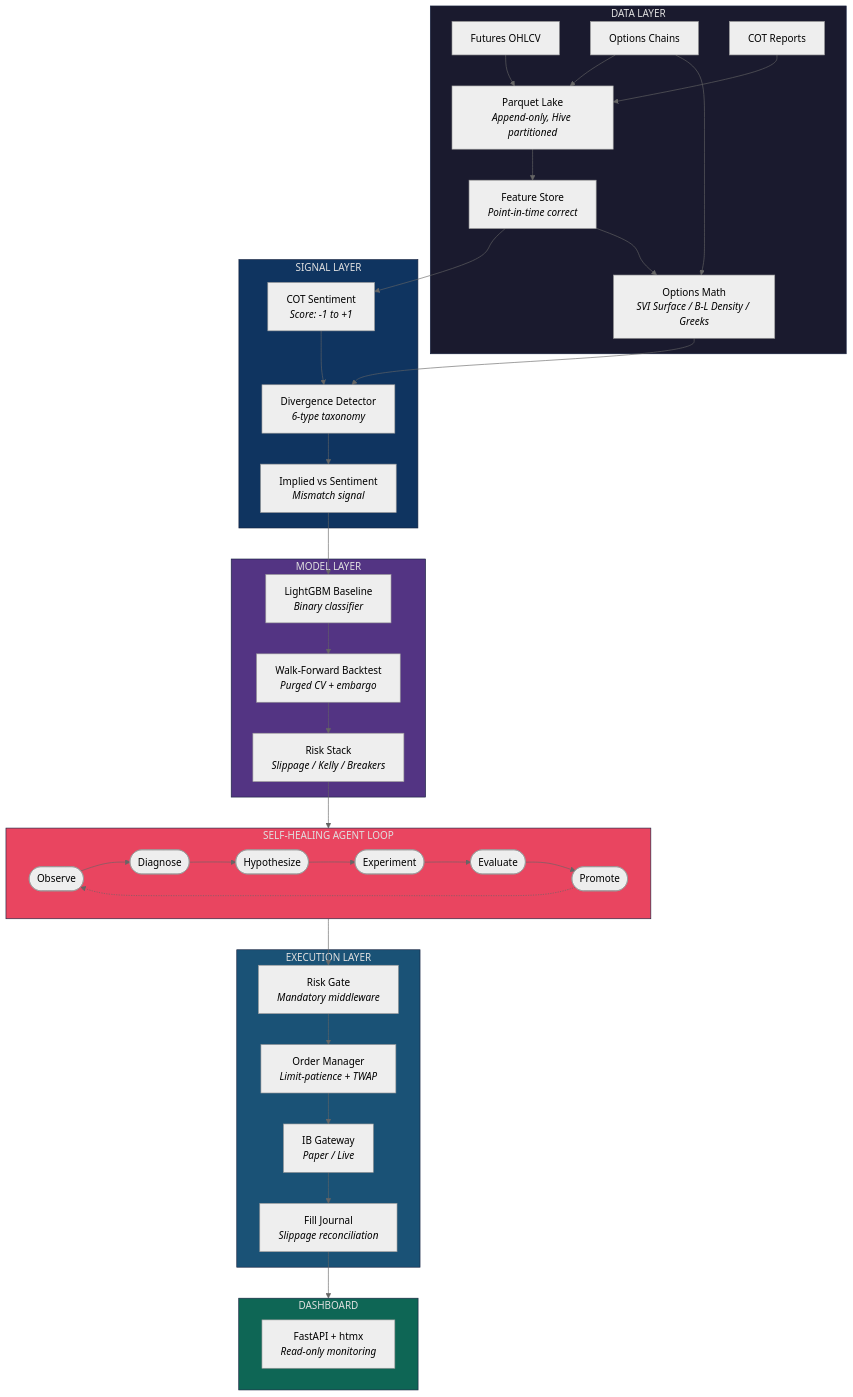
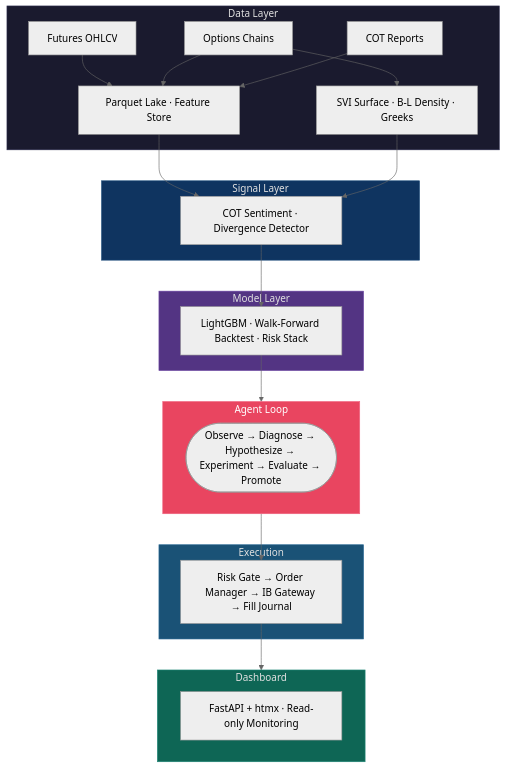
Before and after one commit to 001TMF/HYDRA: the second of 2 diagrams in README.md, drawn with Mermaid (neutral theme). The commit also changed other lines of this file, not shown here.

````diff
--- a/README.md
+++ b/README.md
@@ -17,61 +109,39 @@
 ```mermaid
 graph TB
-    subgraph DATA["DATA LAYER"]
-        D1[Futures OHLCV]
-        D2[Options Chains]
-        D3[COT Reports]
-        D4[Parquet Lake<br/><i>Append-only, Hive partitioned</i>]
-        D5[Feature Store<br/><i>Point-in-time correct</i>]
-        D6[Options Math<br/><i>SVI Surface / B-L Density / Greeks</i>]
+    subgraph DATA["Data Layer"]
+        D1[Futures OHLCV] & D2[Options Chains] & D3[COT Reports]
+        D4["Parquet Lake · Feature Store"]
+        D5["SVI Surface · B-L Density · Greeks"]
     end
 
-    subgraph SIGNAL["SIGNAL LAYER"]
-        S1[COT Sentiment<br/><i>Score: -1 to +1</i>]
-        S2[Divergence Detector<br/><i>6-type taxonomy</i>]
-        S3[Implied vs Sentiment<br/><i>Mismatch signal</i>]
+    subgraph SIGNAL["Signal Layer"]
+        S1["COT Sentiment · Divergence Detector"]
     end
 
-    subgraph MODEL["MODEL LAYER"]
-        M1[LightGBM Baseline<br/><i>Binary classifier</i>]
-        M2[Walk-Forward Backtest<br/><i>Purged CV + embargo</i>]
-        M3[Risk Stack<br/><i>Slippage / Kelly / Breakers</i>]
+    subgraph MODEL["Model Layer"]
+        M1["LightGBM · Walk-Forward Backtest · Risk Stack"]
     end
 
-    subgraph AGENT["SELF-HEALING AGENT LOOP"]
-        A1([Observe]) --> A2([Diagnose])
-        A2 --> A3([Hypothesize])
-        A3 --> A4([Experiment])
-        A4 --> A5([Evaluate])
-        A5 --> A6([Promote])
-        A6 -.-> A1
+    subgraph AGENT["Agent Loop"]
+        A1(["Observe → Diagnose → Hypothesize → Experiment → Evaluate → Promote"])
     end
 
-    subgraph EXEC["EXECUTION LAYER"]
-        E1[IB Gateway<br/><i>Paper / Live</i>]
-        E2[Risk Gate<br/><i>Mandatory middleware</i>]
-        E3[Order Manager<br/><i>Limit-patience + TWAP</i>]
-        E4[Fill Journal<br/><i>Slippage reconciliation</i>]
+    subgraph EXEC["Execution"]
+        E1["Risk Gate → Order Manager → IB Gateway → Fill Journal"]
     end
 
-    subgraph DASH["DASHBOARD"]
-        F1[FastAPI + htmx<br/><i>Read-only monitoring</i>]
+    subgraph DASH["Dashboard"]
+        F1["FastAPI + htmx · Read-only Monitoring"]
     end
 
-    D1 & D2 & D3 --> D4 --> D5
-    D2 --> D6
-    D5 --> S1 & D6
-    S1 & D6 --> S2 --> S3
-    S3 --> M1 --> M2
-    M2 --> M3
-    M3 --> AGENT
-    AGENT --> E2 --> E3 --> E1
-    E1 --> E4
-    E4 --> DASH
+    D1 & D2 & D3 --> D4
+    D2 --> D5
+    D4 & D5 --> S1 --> M1 --> AGENT --> E1 --> DASH
 
-    style DATA fill:#1a1a2e,stroke:#16213e,color:#e0e0e0
-    style SIGNAL fill:#0f3460,stroke:#16213e,color:#e0e0e0
-    style MODEL fill:#533483,stroke:#16213e,color:#e0e0e0
-    style AGENT fill:#e94560,stroke:#16213e,color:#e0e0e0
-    style EXEC fill:#1a5276,stroke:#16213e,color:#e0e0e0
-    style DASH fill:#0e6655,stroke:#16213e,color:#e0e0e0
+    style DATA fill:#1a1a2e,stroke:#2d2d4e,color:#e0e0e0
+    style SIGNAL fill:#0f3460,stroke:#1a4a7a,color:#e0e0e0
+    style MODEL fill:#533483,stroke:#6b44a3,color:#e0e0e0
+    style AGENT fill:#e94560,stroke:#f06580,color:#fff
+    style EXEC fill:#1a5276,stroke:#2a6a96,color:#e0e0e0
+    style DASH fill:#0e6655,stroke:#1e8675,color:#e0e0e0
 ```
````
